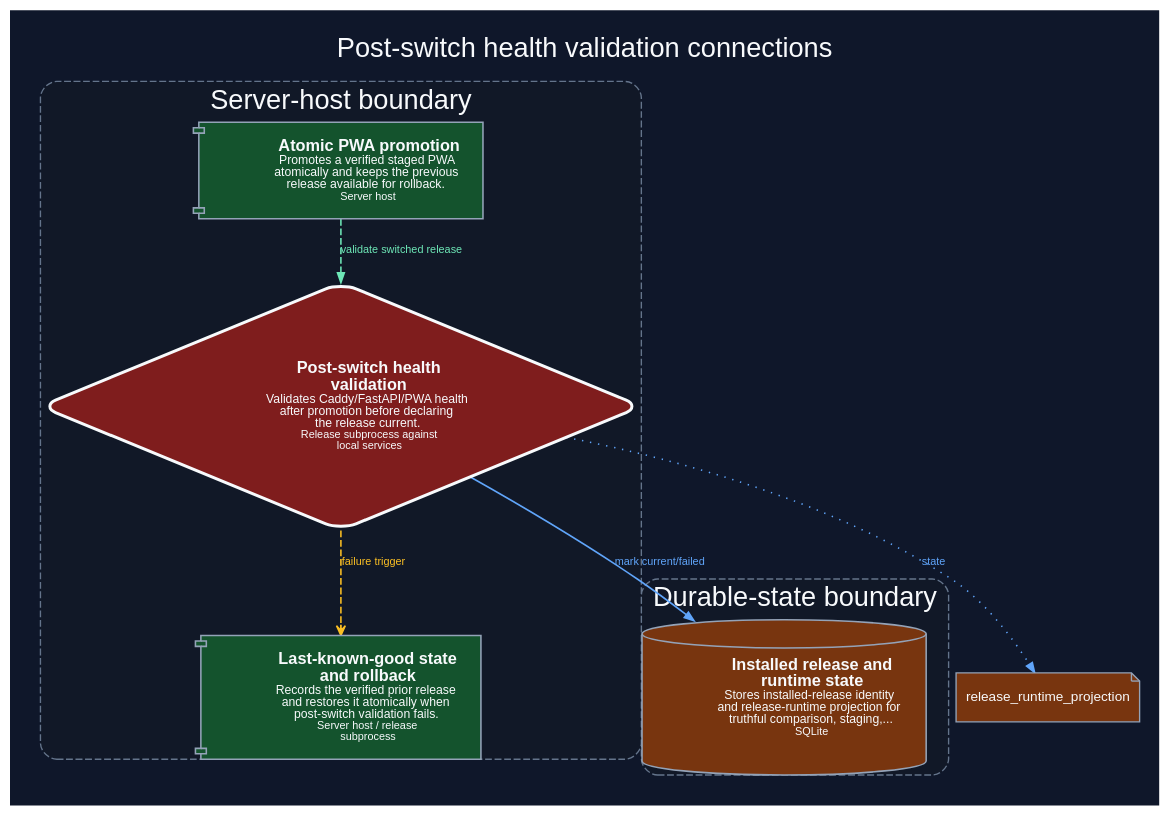
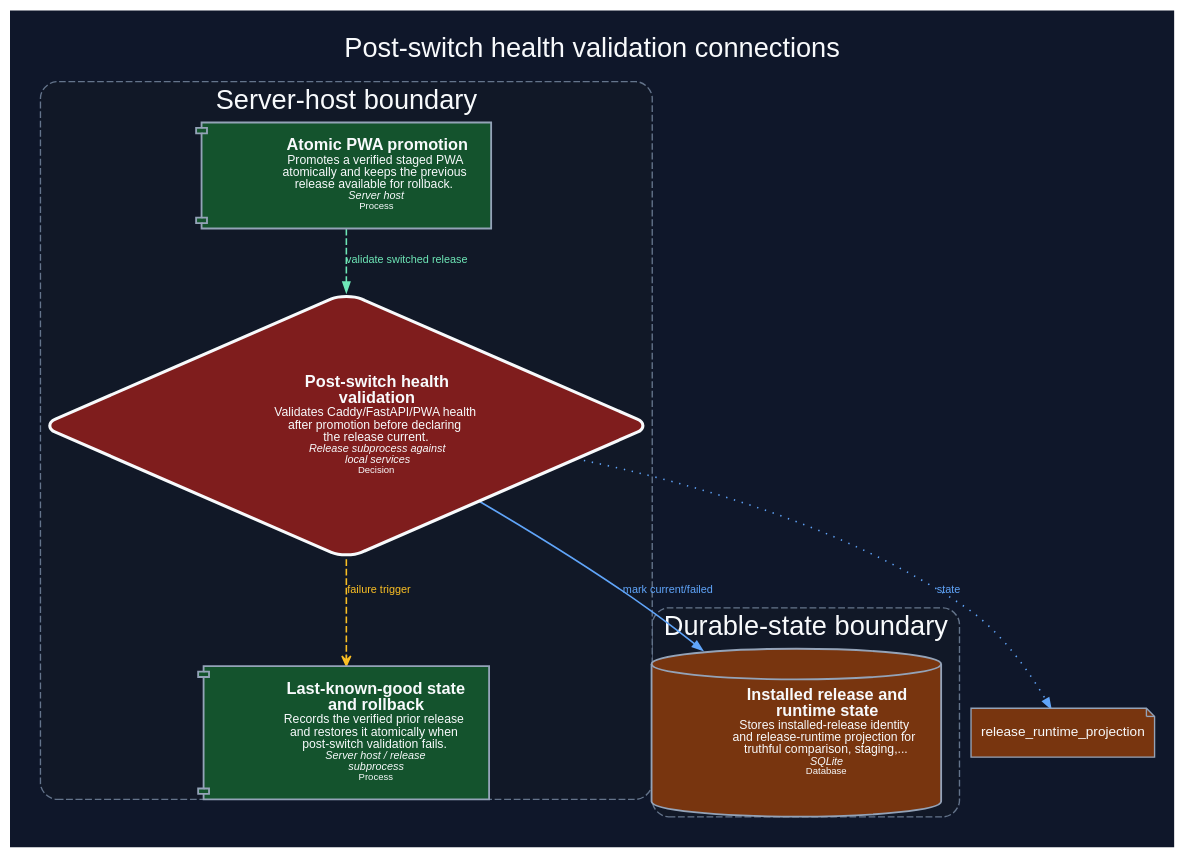
Before and after one commit to dexter-lab-ctrl/pocket-lab-lite: the diagram in docs/assets/diagrams/production/components/post-switch-health.dark.dot, drawn with Graphviz. The commit also changed 395 other files, not shown here.

Commit message:
docs: add infrastructure architecture icons

```diff
--- a/docs/assets/diagrams/production/components/post-switch-health.dark.dot
+++ b/docs/assets/diagrams/production/components/post-switch-health.dark.dot
@@ -1,60 +1,60 @@
 digraph component_post_switch_health {
   graph [
     rankdir="TB",
     splines="spline",
     compound="true",
     newrank="true",
     nodesep="0.30",
     ranksep="0.52",
     ratio="compress",
     pad="0.20",
     margin="0",
     outputorder="edgesfirst",
     bgcolor="#0f172a",
     fontcolor="#f8fafc",
     fontname="Arial",
     label="Post-switch health validation connections",
     labelloc="t",
     fontsize="20"
   ];
   node [
     fontname="Arial",
     fontsize="10",
     color="#94a3b8",
     fontcolor="#f8fafc",
     margin="0.12,0.08"
   ];
   edge [
     fontname="Arial",
     fontsize="8",
     color="#94a3b8",
     fontcolor="#cbd5e1",
     arrowsize="0.72",
     penwidth="1.15"
   ];
   subgraph "cluster_durable-state" {
     label="Durable-state boundary";
     style="rounded,dashed,filled";
     color="#64748b";
     fillcolor="#111827";
     fontcolor="#f8fafc";
     penwidth="1.0";
-    "release-state" [label=<<TABLE BORDER="0" CELLBORDER="0" CELLPADDING="4"><TR><TD FIXEDSIZE="TRUE" WIDTH="38" HEIGHT="38"> </TD><TD ALIGN="LEFT"><FONT POINT-SIZE="12"><B>Installed release and<BR/>runtime state</B></FONT><BR/><FONT POINT-SIZE="9">Stores installed-release identity<BR/>and release-runtime projection for<BR/>truthful comparison, staging,...</FONT><BR/><FONT POINT-SIZE="8">SQLite</FONT></TD></TR></TABLE>>, shape="cylinder", style="rounded,filled", fillcolor="#78350f", color="#94a3b8", fontcolor="#f8fafc", penwidth="1.15", tooltip="Installed release and runtime state. Stores installed-release identity and release-runtime projection for truthful comparison, staging, apply, rollback, and last-known-good state.", URL="../../../../generated/production/architecture/components/release-state/", target="_top"];
+    "release-state" [label=<<TABLE BORDER="0" CELLBORDER="0" CELLPADDING="4"><TR><TD FIXEDSIZE="TRUE" WIDTH="42" HEIGHT="42"> </TD><TD ALIGN="LEFT"><FONT POINT-SIZE="12"><B>Installed release and<BR/>runtime state</B></FONT><BR/><FONT POINT-SIZE="9">Stores installed-release identity<BR/>and release-runtime projection for<BR/>truthful comparison, staging,...</FONT><BR/><FONT POINT-SIZE="8"><I>SQLite</I></FONT><BR/><FONT POINT-SIZE="7.5">Database</FONT></TD></TR></TABLE>>, shape="cylinder", style="rounded,filled", fillcolor="#78350f", color="#94a3b8", fontcolor="#f8fafc", penwidth="1.35", tooltip="Installed release and runtime state. Stores installed-release identity and release-runtime projection for truthful comparison, staging, apply, rollback, and last-known-good state.", URL="../../../../generated/production/architecture/components/release-state/", target="_top"];
   }
   subgraph "cluster_server-host" {
     label="Server-host boundary";
     style="rounded,dashed,filled";
     color="#64748b";
     fillcolor="#111827";
     fontcolor="#f8fafc";
     penwidth="1.0";
-    "atomic-promotion" [label=<<TABLE BORDER="0" CELLBORDER="0" CELLPADDING="4"><TR><TD FIXEDSIZE="TRUE" WIDTH="38" HEIGHT="38"> </TD><TD ALIGN="LEFT"><FONT POINT-SIZE="12"><B>Atomic PWA promotion</B></FONT><BR/><FONT POINT-SIZE="9">Promotes a verified staged PWA<BR/>atomically and keeps the previous<BR/>release available for rollback.</FONT><BR/><FONT POINT-SIZE="8">Server host</FONT></TD></TR></TABLE>>, shape="component", style="rounded,filled", fillcolor="#14532d", color="#94a3b8", fontcolor="#f8fafc", penwidth="1.15", tooltip="Atomic PWA promotion. Promotes a verified staged PWA atomically and keeps the previous release available for rollback.", URL="../../../../generated/production/architecture/components/atomic-promotion/", target="_top"];
-    "last-known-good" [label=<<TABLE BORDER="0" CELLBORDER="0" CELLPADDING="4"><TR><TD FIXEDSIZE="TRUE" WIDTH="38" HEIGHT="38"> </TD><TD ALIGN="LEFT"><FONT POINT-SIZE="12"><B>Last-known-good state<BR/>and rollback</B></FONT><BR/><FONT POINT-SIZE="9">Records the verified prior release<BR/>and restores it atomically when<BR/>post-switch validation fails.</FONT><BR/><FONT POINT-SIZE="8">Server host / release<BR/>subprocess</FONT></TD></TR></TABLE>>, shape="component", style="rounded,filled", fillcolor="#14532d", color="#94a3b8", fontcolor="#f8fafc", penwidth="1.15", tooltip="Last-known-good state and rollback. Records the verified prior release and restores it atomically when post-switch validation fails.", URL="../../../../generated/production/architecture/components/last-known-good/", target="_top"];
-    "post-switch-health" [label=<<TABLE BORDER="0" CELLBORDER="0" CELLPADDING="4"><TR><TD FIXEDSIZE="TRUE" WIDTH="38" HEIGHT="38"> </TD><TD ALIGN="LEFT"><FONT POINT-SIZE="12"><B>Post-switch health<BR/>validation</B></FONT><BR/><FONT POINT-SIZE="9">Validates Caddy/FastAPI/PWA health<BR/>after promotion before declaring<BR/>the release current.</FONT><BR/><FONT POINT-SIZE="8">Release subprocess against<BR/>local services</FONT></TD></TR></TABLE>>, shape="diamond", style="rounded,filled,bold", fillcolor="#7f1d1d", color="#f8fafc", fontcolor="#f8fafc", penwidth="2.2", tooltip="Post-switch health validation. Validates Caddy/FastAPI/PWA health after promotion before declaring the release current.", URL="../../../../generated/production/architecture/components/post-switch-health/", target="_top"];
+    "atomic-promotion" [label=<<TABLE BORDER="0" CELLBORDER="0" CELLPADDING="4"><TR><TD FIXEDSIZE="TRUE" WIDTH="42" HEIGHT="42"> </TD><TD ALIGN="LEFT"><FONT POINT-SIZE="12"><B>Atomic PWA promotion</B></FONT><BR/><FONT POINT-SIZE="9">Promotes a verified staged PWA<BR/>atomically and keeps the previous<BR/>release available for rollback.</FONT><BR/><FONT POINT-SIZE="8"><I>Server host</I></FONT><BR/><FONT POINT-SIZE="7.5">Process</FONT></TD></TR></TABLE>>, shape="component", style="rounded,filled", fillcolor="#14532d", color="#94a3b8", fontcolor="#f8fafc", penwidth="1.35", tooltip="Atomic PWA promotion. Promotes a verified staged PWA atomically and keeps the previous release available for rollback.", URL="../../../../generated/production/architecture/components/atomic-promotion/", target="_top"];
+    "last-known-good" [label=<<TABLE BORDER="0" CELLBORDER="0" CELLPADDING="4"><TR><TD FIXEDSIZE="TRUE" WIDTH="42" HEIGHT="42"> </TD><TD ALIGN="LEFT"><FONT POINT-SIZE="12"><B>Last-known-good state<BR/>and rollback</B></FONT><BR/><FONT POINT-SIZE="9">Records the verified prior release<BR/>and restores it atomically when<BR/>post-switch validation fails.</FONT><BR/><FONT POINT-SIZE="8"><I>Server host / release<BR/>subprocess</I></FONT><BR/><FONT POINT-SIZE="7.5">Process</FONT></TD></TR></TABLE>>, shape="component", style="rounded,filled", fillcolor="#14532d", color="#94a3b8", fontcolor="#f8fafc", penwidth="1.35", tooltip="Last-known-good state and rollback. Records the verified prior release and restores it atomically when post-switch validation fails.", URL="../../../../generated/production/architecture/components/last-known-good/", target="_top"];
+    "post-switch-health" [label=<<TABLE BORDER="0" CELLBORDER="0" CELLPADDING="4"><TR><TD FIXEDSIZE="TRUE" WIDTH="42" HEIGHT="42"> </TD><TD ALIGN="LEFT"><FONT POINT-SIZE="12"><B>Post-switch health<BR/>validation</B></FONT><BR/><FONT POINT-SIZE="9">Validates Caddy/FastAPI/PWA health<BR/>after promotion before declaring<BR/>the release current.</FONT><BR/><FONT POINT-SIZE="8"><I>Release subprocess against<BR/>local services</I></FONT><BR/><FONT POINT-SIZE="7.5">Decision</FONT></TD></TR></TABLE>>, shape="diamond", style="rounded,filled,bold", fillcolor="#7f1d1d", color="#f8fafc", fontcolor="#f8fafc", penwidth="2.3", tooltip="Post-switch health validation. Validates Caddy/FastAPI/PWA health after promotion before declaring the release current.", URL="../../../../generated/production/architecture/components/post-switch-health/", target="_top"];
   }
   "post-switch-health" -> "release-state" [label="mark current/failed", tooltip="mark current/failed (SQLite)", style="solid", arrowhead="normal", color="#60a5fa", fontcolor="#60a5fa"];
   "post-switch-health" -> "last-known-good" [label="failure trigger", tooltip="failure trigger (IPC)", style="dashed", arrowhead="vee", color="#fbbf24", fontcolor="#fbbf24"];
   "atomic-promotion" -> "post-switch-health" [label="validate switched release", tooltip="validate switched release (HTTP)", style="dashed", arrowhead="normal", color="#6ee7b7", fontcolor="#6ee7b7"];
   "state_dependency_0" [label="release_runtime_projection", shape="note", style="filled", fillcolor="#78350f", color="#94a3b8", fontcolor="#f8fafc", tooltip="Durable-state dependency"];
   "post-switch-health" -> "state_dependency_0" [label="state", style="dotted", color="#60a5fa", fontcolor="#60a5fa"];
 }
```
